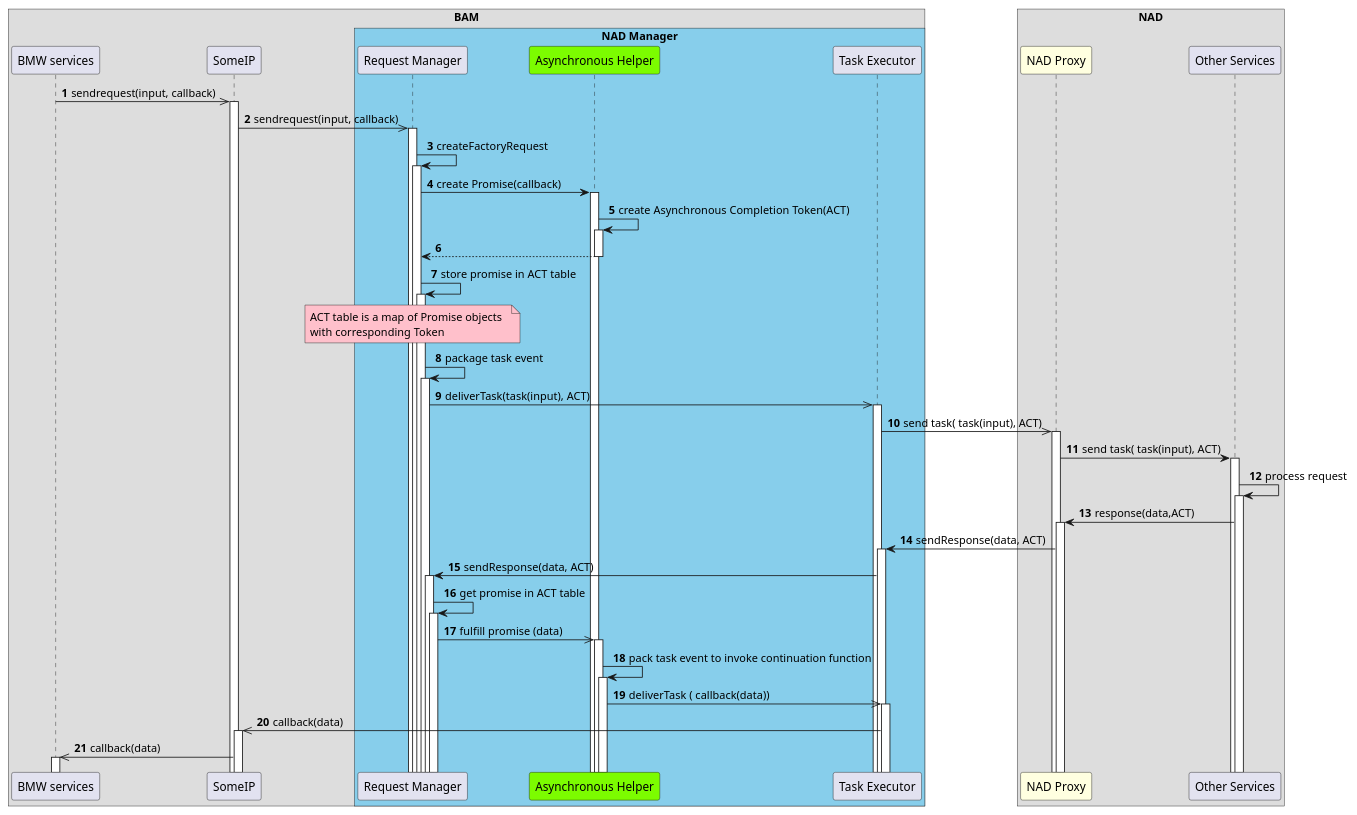
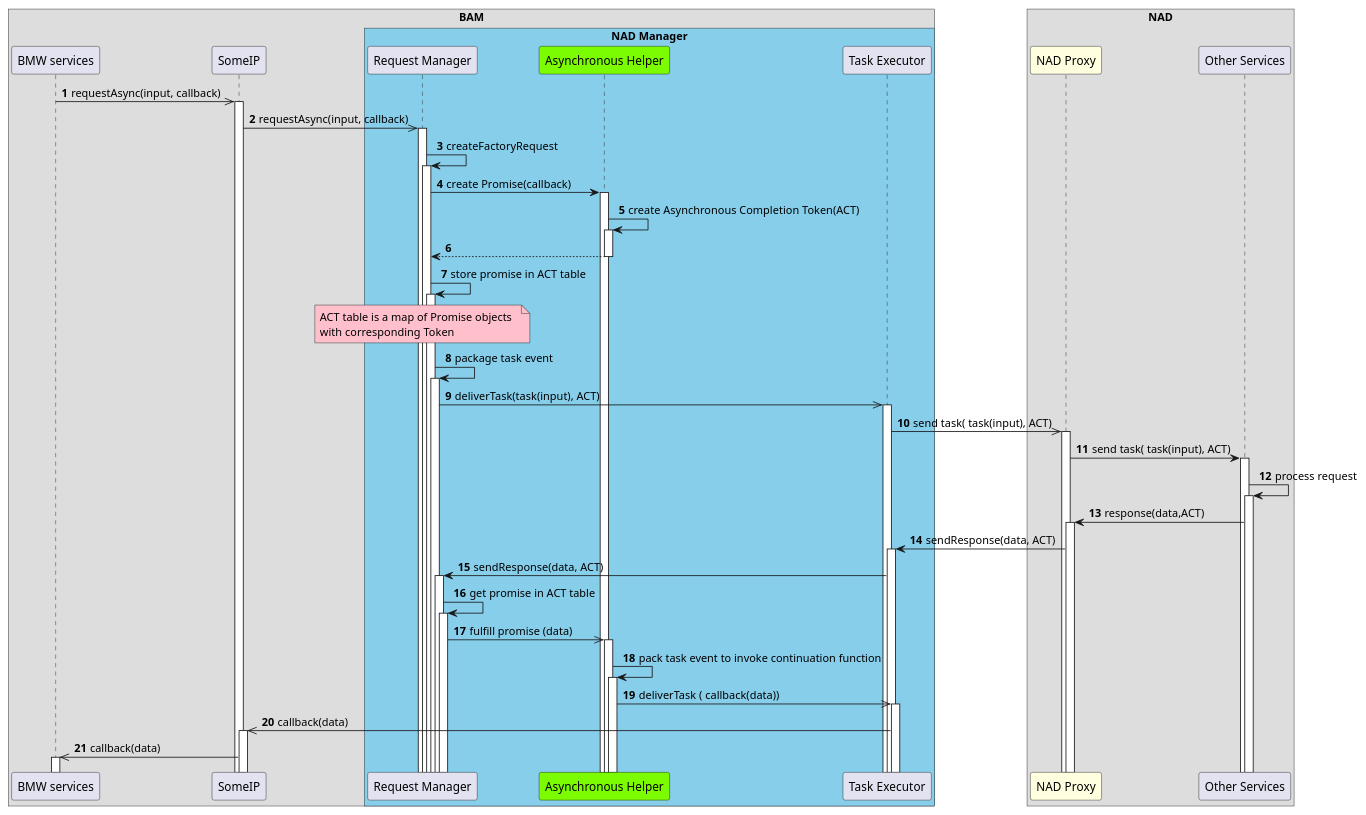
Before and after one commit to taikt/codefun: the diagram in doc/SA cert/Design/figures/scalability/NADManager_asynhelper.wsd, drawn with PlantUML. The commit also changed 8 other files, not shown here.

```diff
--- a/doc/SA cert/Design/figures/scalability/NADManager_asynhelper.wsd
+++ b/doc/SA cert/Design/figures/scalability/NADManager_asynhelper.wsd
@@ -2,53 +2,53 @@
 @startuml
 !pragma teoz true
 autonumber
 autoactivate on
 
 box "BAM"
 participant "BMW services" as bmw
 participant "SomeIP" as sip 
 box "NAD Manager" #SkyBlue
     participant "Request Manager" as reqm
     participant "Asynchronous Helper" as as #LawnGreen
     participant "Task Executor" as exe
 end box
 end box
 
 box "NAD"
 participant "NAD Proxy" as nap #LightYellow
 participant "Other Services" as ser
 end box
 
-bmw ->> sip: sendrequest(input, callback)
-sip ->> reqm: sendrequest(input, callback)
+bmw ->> sip: requestAsync(input, callback)
+sip ->> reqm: requestAsync(input, callback)
 
 reqm -> reqm: createFactoryRequest
 reqm -> as: create Promise(callback)
 as -> as: create Asynchronous Completion Token(ACT)
 as --> reqm:
 reqm -> reqm: store promise in ACT table
 note over reqm #Pink
 ACT table is a map of Promise objects  
 with corresponding Token
 end note
 reqm -> reqm: package task event
 reqm ->> exe: deliverTask(task(input), ACT)
 exe ->>nap: send task( task(input), ACT)
 nap ->ser: send task( task(input), ACT)
 
 
 ser -> ser: process request
 ser -> nap: response(data,ACT)
 nap -> exe: sendResponse(data, ACT)
 exe -> reqm: sendResponse(data, ACT)
 
 reqm -> reqm: get promise in ACT table
 
 reqm ->> as: fulfill promise (data)
 as -> as: pack task event to invoke continuation function
 as ->> exe: deliverTask ( callback(data))
 
 exe ->> sip: callback(data)
 sip ->> bmw: callback(data)
 
 @enduml
```
